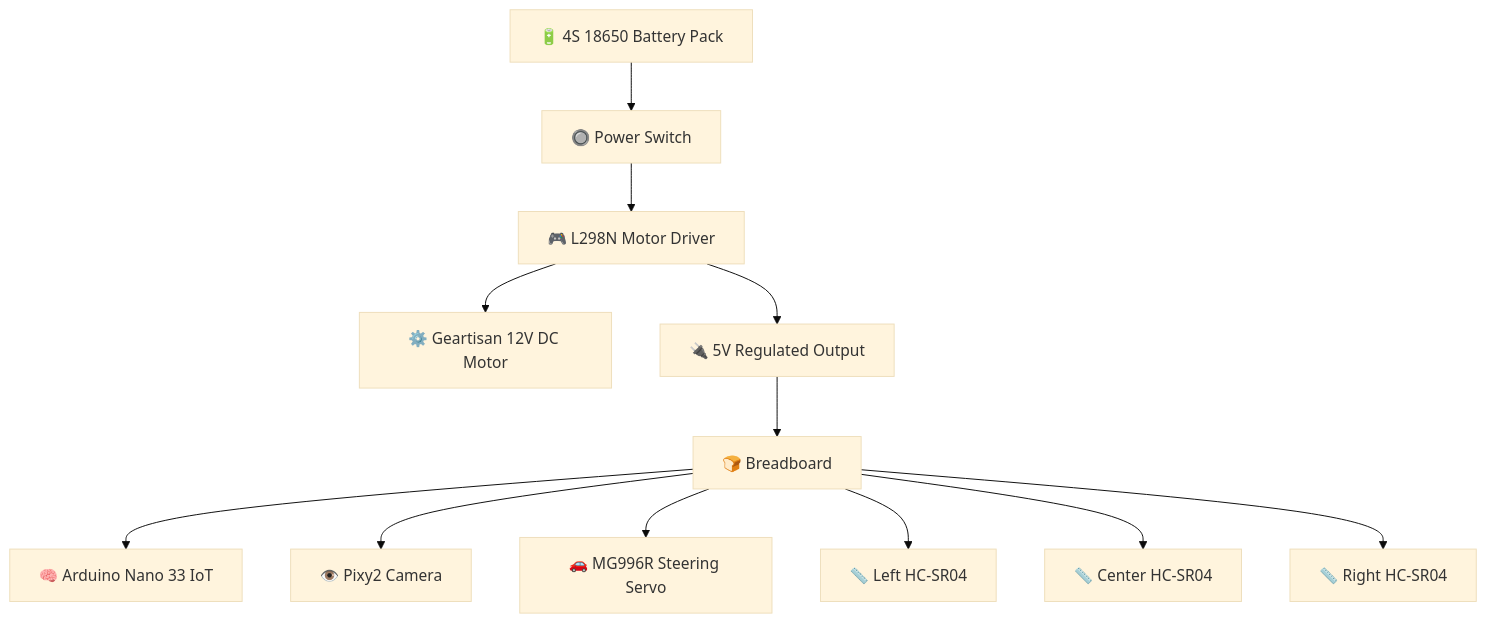
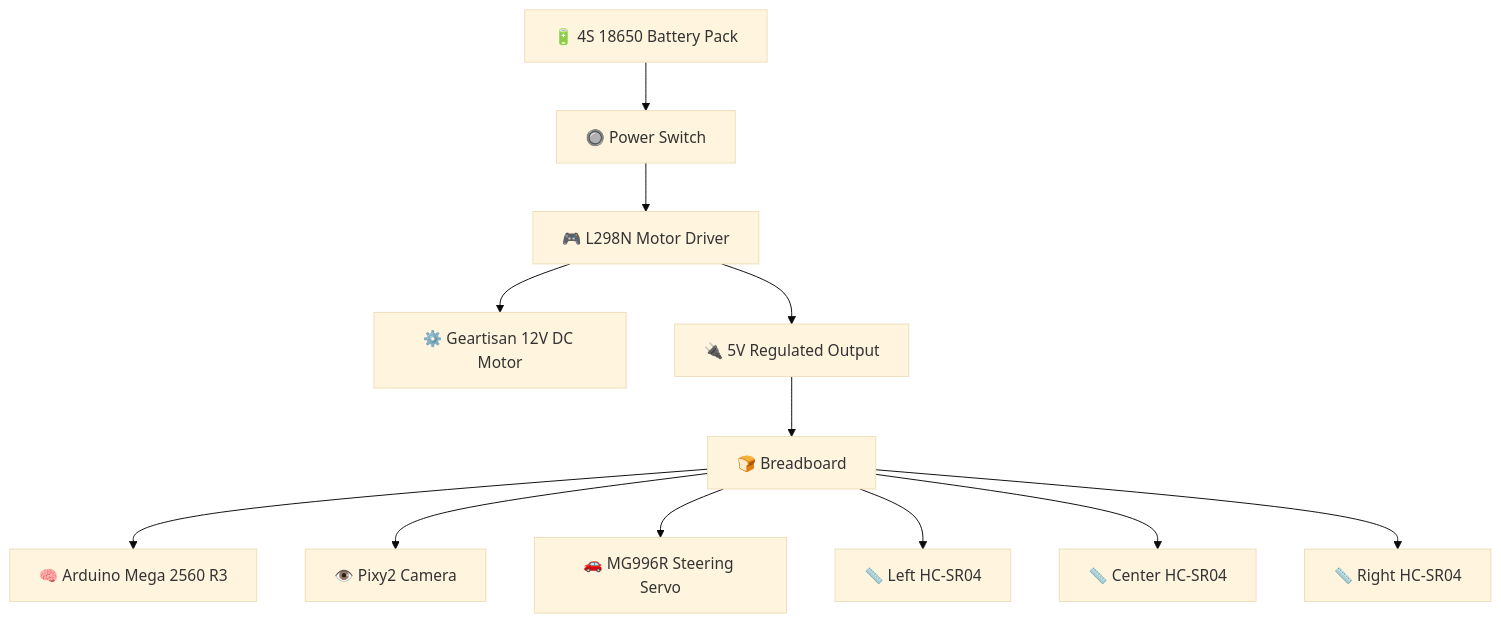
Before and after one commit to x-lui-x-16/CSA-West-Robotics-WRO-FE-2026: the second of 2 diagrams in README.md, drawn with Mermaid (base theme). The commit also changed other lines of this file, not shown here.

First line of the commit message:
Replace Arduino Nano 33 IoT with Arduino Mega 2560 R3

````diff
--- a/README.md
+++ b/README.md
@@ -269,17 +269,17 @@
 ```mermaid
 flowchart TD
     A["🔋 4S 18650 Battery Pack"] --> B["🔘 Power Switch"]
     B --> C["🎮 L298N Motor Driver"]
 
     C --> D["⚙️ Geartisan 12V DC Motor"]
     C --> E["🔌 5V Regulated Output"]
 
     E --> F["🍞 Breadboard"]
 
-    F --> G["🧠 Arduino Nano 33 IoT"]
+    F --> G["🧠 Arduino Mega 2560 R3"]
     F --> H["👁️ Pixy2 Camera"]
     F --> I["🚗 MG996R Steering Servo"]
     F --> J["📏 Left HC-SR04"]
     F --> K["📏 Center HC-SR04"]
     F --> L["📏 Right HC-SR04"]
 ```
````
